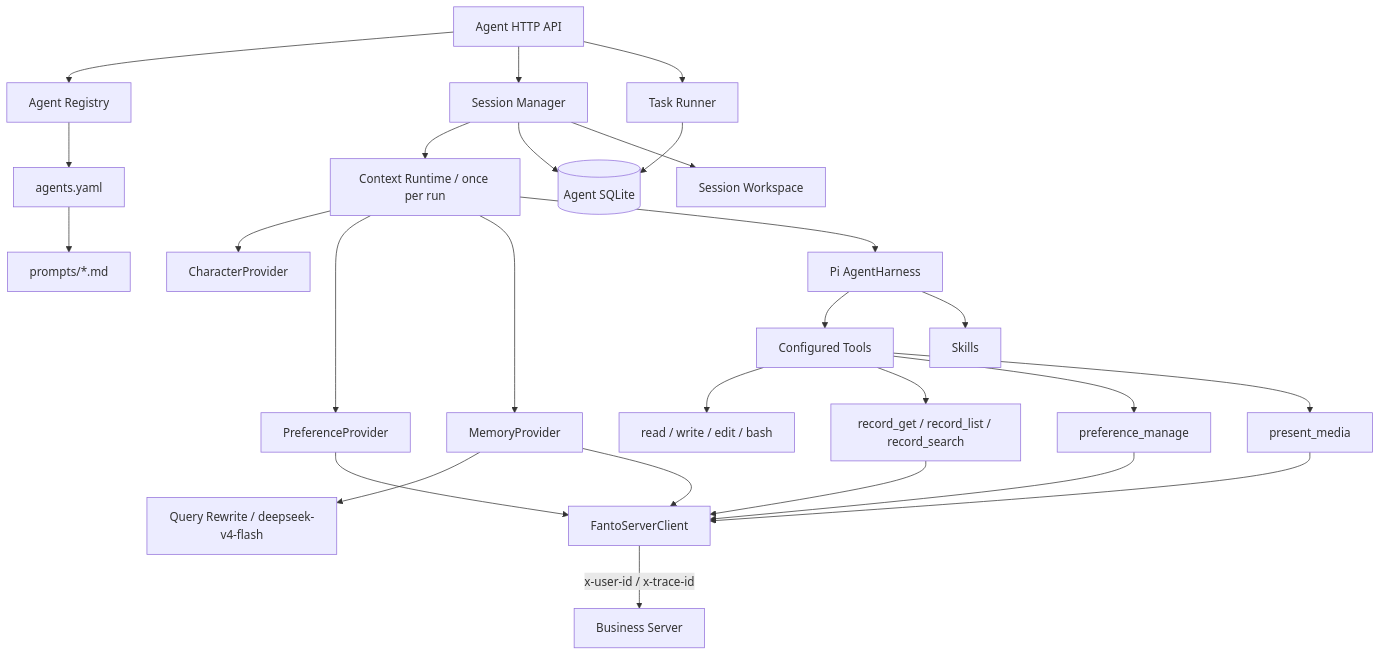
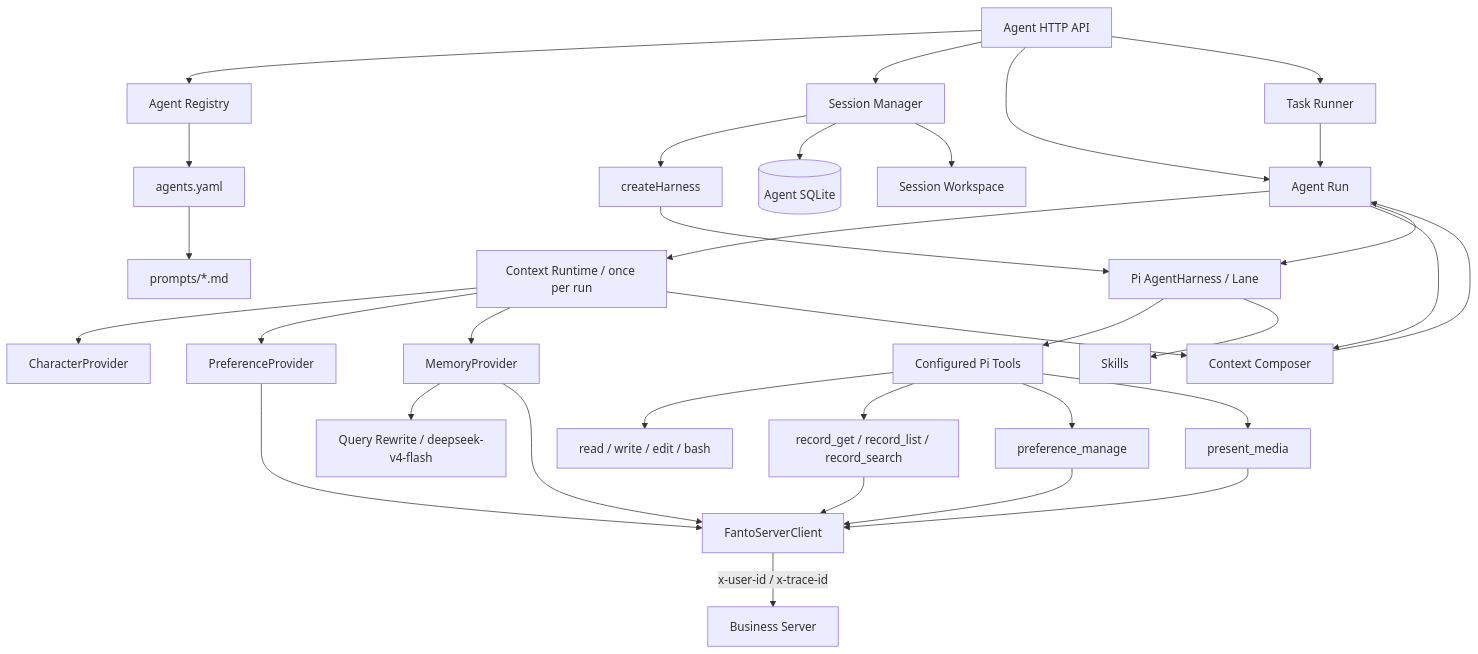
One commit to huiru-wang/fanto changed the diagram in docs/architecture/agent-runtime.md. Above: the diagram before and after it, drawn with Mermaid. The commit also changed other lines of this file and 83 other files, not shown here.

Commit message:
refactor: reorganize agent runtime and record search

````diff
--- a/docs/architecture/agent-runtime.md
+++ b/docs/architecture/agent-runtime.md
@@ -7,29 +7,38 @@
 ```mermaid
 flowchart TD
   HTTP[Agent HTTP API] --> REG[Agent Registry]
   HTTP --> SM[Session Manager]
+  HTTP --> RUN[Agent Run]
   HTTP --> TR[Task Runner]
+  TR --> RUN
   REG --> YAML[agents.yaml]
   YAML --> PROMPTS[prompts/*.md]
-  SM --> CR[Context Runtime / once per run]
+
+  SM --> HARNESS[createHarness]
+  HARNESS --> PI[Pi AgentHarness / Lane]
+  SM --> DB[(Agent SQLite)]
+  SM --> WS[Session Workspace]
+
+  RUN --> CR[Context Runtime / once per run]
   CR --> CHAR[CharacterProvider]
   CR --> PREF[PreferenceProvider]
   CR --> MEM[MemoryProvider]
   PREF --> FSC[FantoServerClient]
   MEM --> QR[Query Rewrite / deepseek-v4-flash]
   MEM --> FSC
-  CR --> PI[Pi AgentHarness]
-  PI --> TOOLS[Configured Tools]
+  RUN --> CMP[Context Composer]
+  CR --> CMP
+  CMP --> RUN
+  RUN --> PI
+
+  PI --> TOOLS[Configured Pi Tools]
   TOOLS --> BUILTIN[read / write / edit / bash]
   TOOLS --> RECORD[record_get / record_list / record_search]
   TOOLS --> PM[preference_manage]
   TOOLS --> PRESENT[present_media]
   RECORD --> FSC
   PM --> FSC
   PRESENT --> FSC
   FSC -->|x-user-id / x-trace-id| SERVER[Business Server]
   PI --> SKILLS[Skills]
-  SM --> DB[(Agent SQLite)]
-  TR --> DB
-  SM --> WS[Session Workspace]
 ```
````
